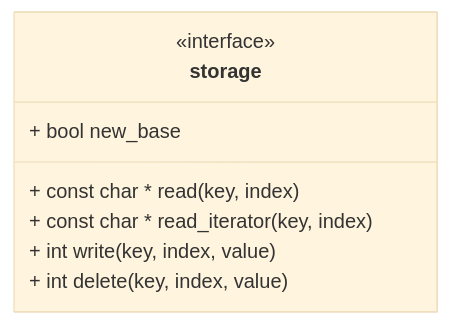
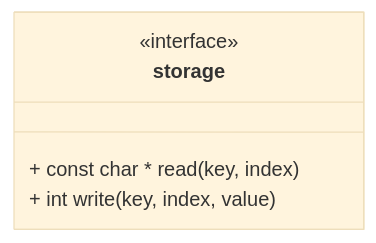
Before and after one commit to Uiowa-Applied-Topology/tanglenomicon_core_libraries: the diagram in docs/unit_description/storage-interface.md, drawn with Mermaid (base theme). The commit also changed other lines of this file and 82 other files, not shown here.

````diff
--- a/docs/unit_description/storage-interface.md
+++ b/docs/unit_description/storage-interface.md
@@ -3,11 +5,8 @@
-```mermaid
+```mermaid}
 classDiagram
     class storage {
         <<interface>>
-        + bool new_base
         + const char *  read(key, index)
-        + const char *  read_iterator(key, index)
         + int write(key, index, value)
-        + int delete(key, index, value)
     }
 ```
````
